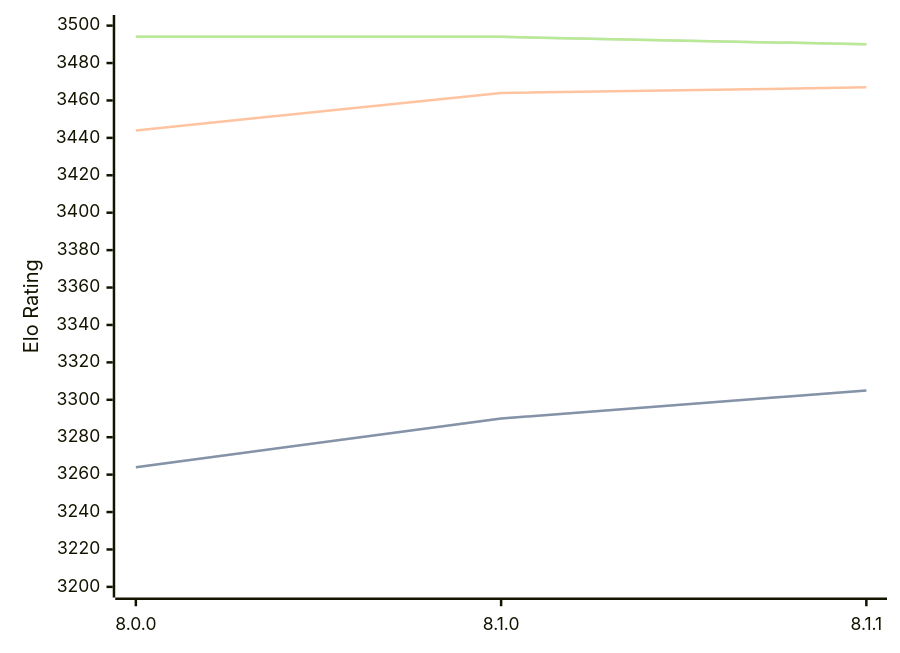
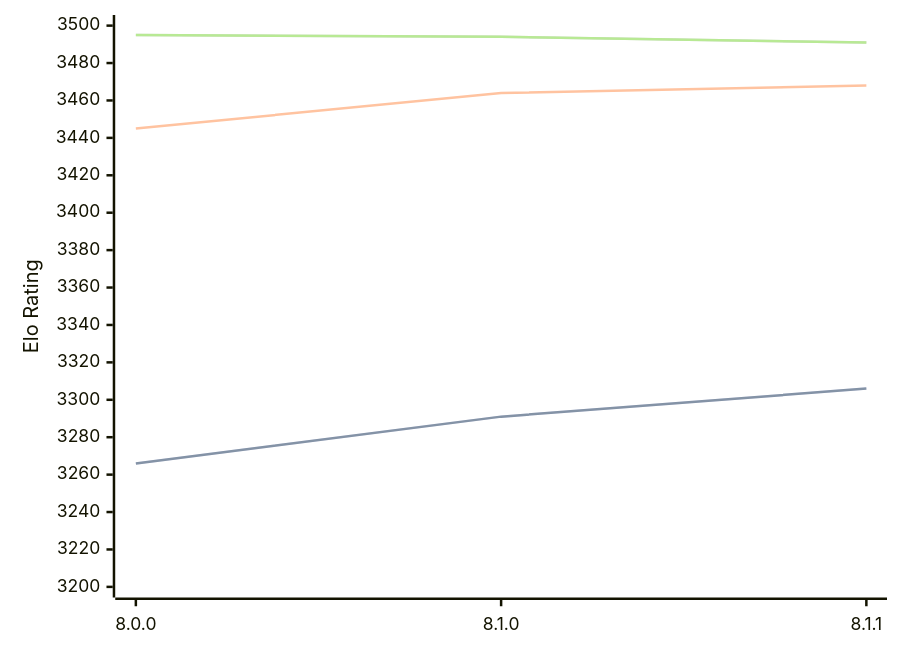
The diagram in engines/Velvet.md (computer-chess-index/cci), drawn with Mermaid before and after one commit. The commit also changed other lines of this file, not shown here.

Commit message:
Update CCI Ratings (ELO VLTC) - 2026-03-28

````diff
--- a/engines/Velvet.md
+++ b/engines/Velvet.md
@@ -57,11 +57,11 @@
 ```mermaid
 %%{init: {"theme":"base","themeVariables":{"seriesColors:['#a3a3a3','#222221','#faa371']}}}%%
 xychart-beta
   x-axis ["8.0.0", "8.1.0", "8.1.1"]
   y-axis "Elo Rating" 3200 --> 3500
-  line "STC (8.0+0.08s)" [3264, 3290, 3305]
-  line "STC (8.0+0.08s)" [3264, 3290, 3305]
-  line "LTC (60.0+0.60s)" [3444, 3464, 3467]
-  line "VLTC (2m24s+1.12s)" [3494, 3494, 3490]
-  line "VLTC (2m24s+1.12s)" [3494, 3494, 3490]
+  line "STC (8.0+0.08s)" [3266, 3291, 3306]
+  line "STC (8.0+0.08s)" [3266, 3291, 3306]
+  line "LTC (60.0+0.60s)" [3445, 3464, 3468]
+  line "VLTC (2m24s+1.12s)" [3495, 3494, 3491]
+  line "VLTC (2m24s+1.12s)" [3495, 3494, 3491]
 ```
````
